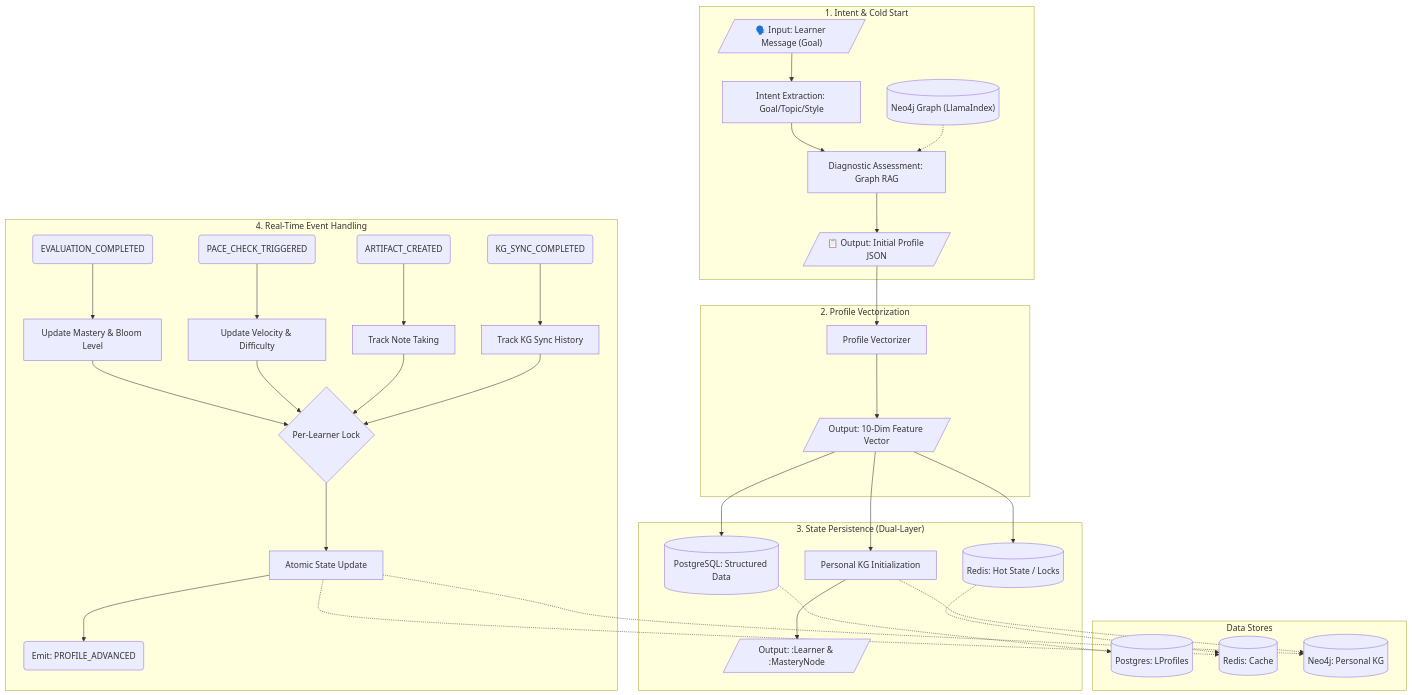
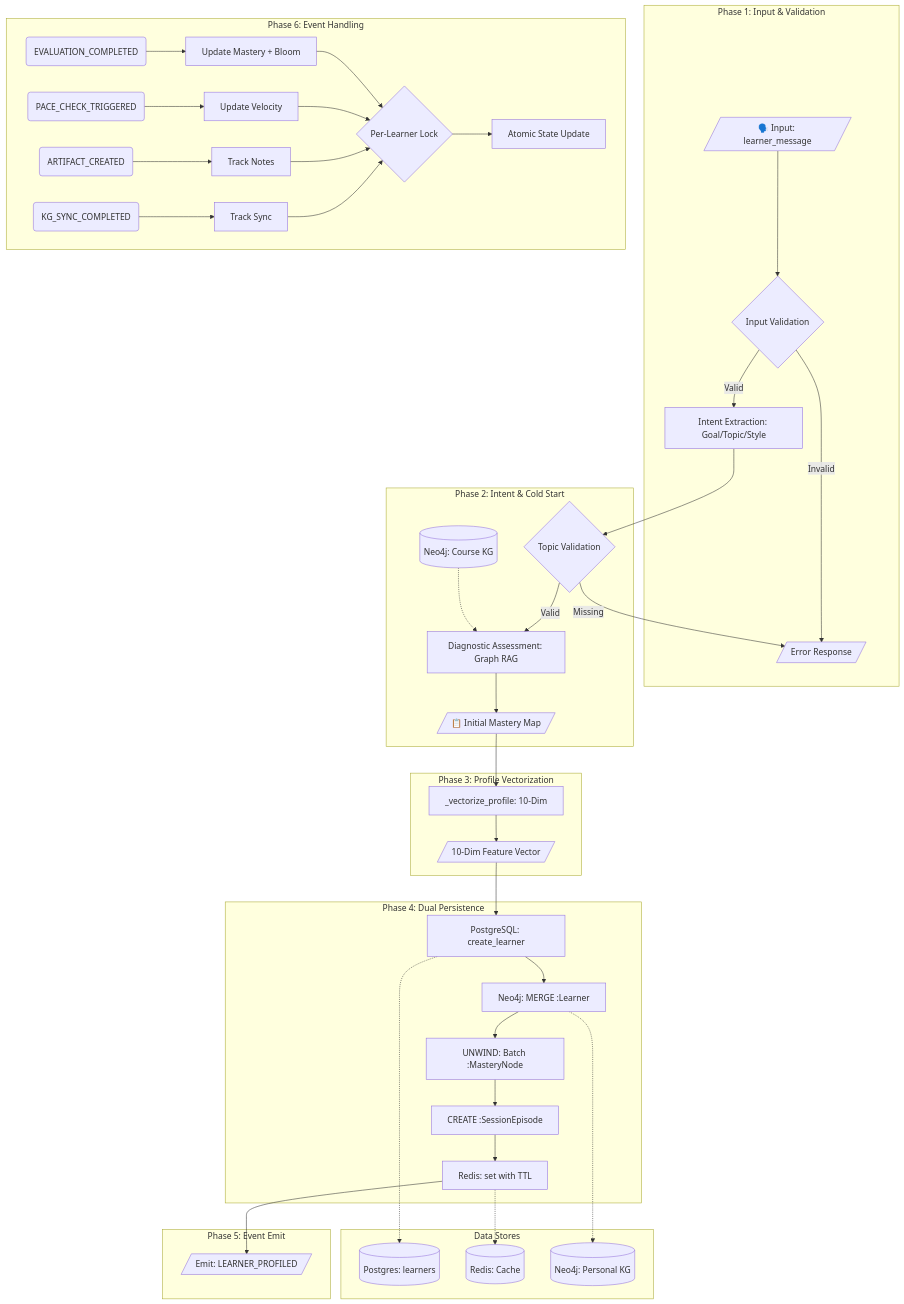
Before and after one commit to MinhAn15/Agentic-Personalized-LearningPath: the diagram in docs/AGENT_2_PROFILER.md, drawn with Mermaid. The commit also changed other lines of this file and 26 other files, not shown here.

````diff
--- a/docs/AGENT_2_PROFILER.md
+++ b/docs/AGENT_2_PROFILER.md
@@ -12,50 +12,63 @@
 ```mermaid
 graph TD
-    subgraph "1. Intent & Cold Start"
-        IN1[/"🗣️ Input: Learner Message (Goal)"/]
-        G_STORE[("Neo4j Graph (LlamaIndex)")]
-        IN1 --> INTENT[Intent Extraction: Goal/Topic/Style]
-        INTENT --> DIAG[Diagnostic Assessment: Graph RAG]
-        G_STORE -.-> DIAG
-        DIAG --> OUT1[/"📋 Output: Initial Profile JSON"/]
+    subgraph "Phase 1: Input & Validation"
+        IN1[/"🗣️ Input: learner_message"/]
+        VAL{Input Validation}
+        IN1 --> VAL
+        VAL -->|Invalid| ERR[/"Error Response"/]
+        VAL -->|Valid| INTENT
     end
 
-    subgraph "2. Profile Vectorization"
-        OUT1 --> VECTOR[Profile Vectorizer]
-        VECTOR --> VEC_OUT[/"Output: 10-Dim Feature Vector"/]
+    subgraph "Phase 2: Intent & Cold Start"
+        INTENT[Intent Extraction: Goal/Topic/Style]
+        TOPIC_VAL{Topic Validation}
+        INTENT --> TOPIC_VAL
+        TOPIC_VAL -->|Missing| ERR
+        TOPIC_VAL -->|Valid| DIAG
+        G_STORE[("Neo4j: Course KG")]
+        DIAG[Diagnostic Assessment: Graph RAG]
+        G_STORE -.-> DIAG
+        DIAG --> OUT1[/"📋 Initial Mastery Map"/]
     end
 
-    subgraph "3. State Persistence (Dual-Layer)"
-        VEC_OUT --> POSTGRES[(PostgreSQL: Structured Data)]
-        VEC_OUT --> REDIS[(Redis: Hot State / Locks)]
-        VEC_OUT --> NEO4J_INIT[Personal KG Initialization]
-        NEO4J_INIT --> NEO_OUT[/"Output: :Learner & :MasteryNode"/]
+    subgraph "Phase 3: Profile Vectorization"
+        OUT1 --> VECTOR[_vectorize_profile: 10-Dim]
+        VECTOR --> VEC_OUT[/"10-Dim Feature Vector"/]
     end
 
-    subgraph "4. Real-Time Event Handling"
-        EVENT1(EVALUATION_COMPLETED) --> H_EVAL[Update Mastery & Bloom Level]
-        EVENT2(PACE_CHECK_TRIGGERED) --> H_PACE[Update Velocity & Difficulty]
-        EVENT3(ARTIFACT_CREATED) --> H_ART[Track Note Taking]
-        EVENT4(KG_SYNC_COMPLETED) --> H_KG[Track KG Sync History]
+    subgraph "Phase 4: Dual Persistence"
+        VEC_OUT --> PG_SAVE[PostgreSQL: create_learner]
+        PG_SAVE --> NEO_MERGE["Neo4j: MERGE :Learner"]
+        NEO_MERGE --> MASTERY_BATCH["UNWIND: Batch :MasteryNode"]
+        MASTERY_BATCH --> SESSION[CREATE :SessionEpisode]
+        SESSION --> REDIS_CACHE["Redis: set with TTL"]
+    end
+
+    subgraph "Phase 5: Event Emit"
+        REDIS_CACHE --> EMIT[/"Emit: LEARNER_PROFILED"/]
+    end
+
+    subgraph "Phase 6: Event Handling"
+        EVENT1(EVALUATION_COMPLETED) --> H_EVAL[Update Mastery + Bloom]
+        EVENT2(PACE_CHECK_TRIGGERED) --> H_PACE[Update Velocity]
+        EVENT3(ARTIFACT_CREATED) --> H_ART[Track Notes]
+        EVENT4(KG_SYNC_COMPLETED) --> H_KG[Track Sync]
         
         H_EVAL --> LOCK{Per-Learner Lock}
         H_PACE --> LOCK
         H_ART --> LOCK
         H_KG --> LOCK
         
         LOCK --> STATE_UPD[Atomic State Update]
-        STATE_UPD --> PUB(Emit: PROFILE_ADVANCED)
     end
     
     subgraph "Data Stores"
-        PG[(Postgres: LProfiles)]
+        PG[(Postgres: learners)]
         RD[(Redis: Cache)]
         N4J[(Neo4j: Personal KG)]
     end
 
-    POSTGRES -.-> PG
-    REDIS -.-> RD
-    NEO4J_INIT -.-> N4J
-    STATE_UPD -.-> RD
-    STATE_UPD -.-> N4J
+    PG_SAVE -.-> PG
+    REDIS_CACHE -.-> RD
+    NEO_MERGE -.-> N4J
 ```
````
